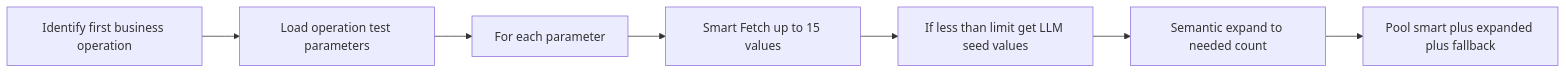
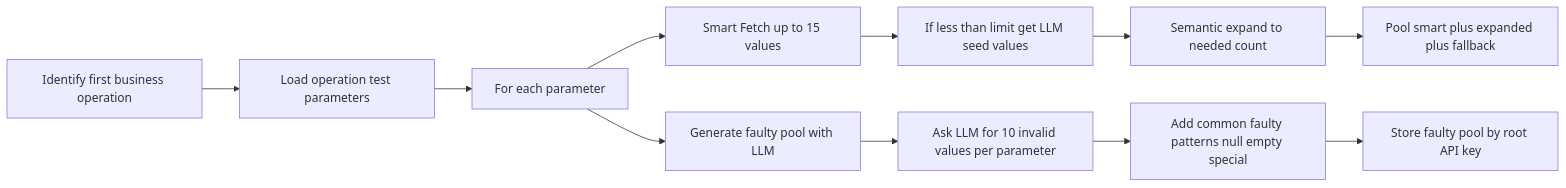
The third of 7 diagrams in src/main/resources/My-Example/trainticket/flow.md (miaoti/Rest), drawn with Mermaid before and after one commit. The commit also changed other lines of this file and 5 other files, not shown here.

````diff
--- a/src/main/resources/My-Example/trainticket/flow.md
+++ b/src/main/resources/My-Example/trainticket/flow.md
@@ -94,9 +94,13 @@
 ```mermaid
 flowchart LR
     A[Identify first business operation] --> B[Load operation test parameters]
     B --> C[For each parameter]
     C --> D[Smart Fetch up to 15 values]
     D --> E[If less than limit get LLM seed values]
     E --> F[Semantic expand to needed count]
     F --> G[Pool smart plus expanded plus fallback]
+    C --> H[Generate faulty pool with LLM]
+    H --> I[Ask LLM for 10 invalid values per parameter]
+    I --> J[Add common faulty patterns null empty special]
+    J --> K[Store faulty pool by root API key]
 ```
````
